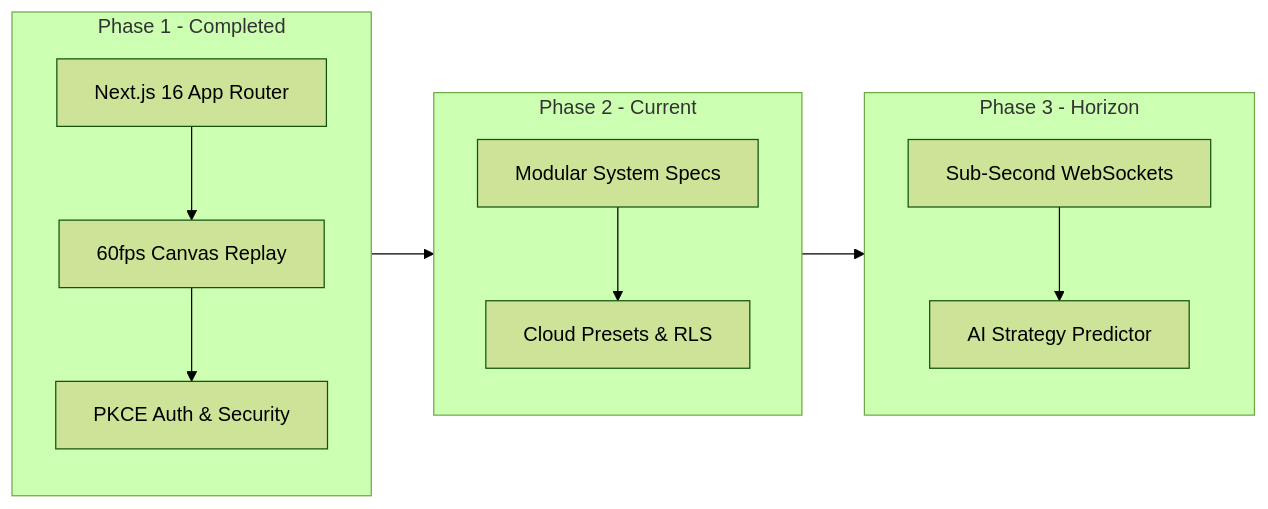
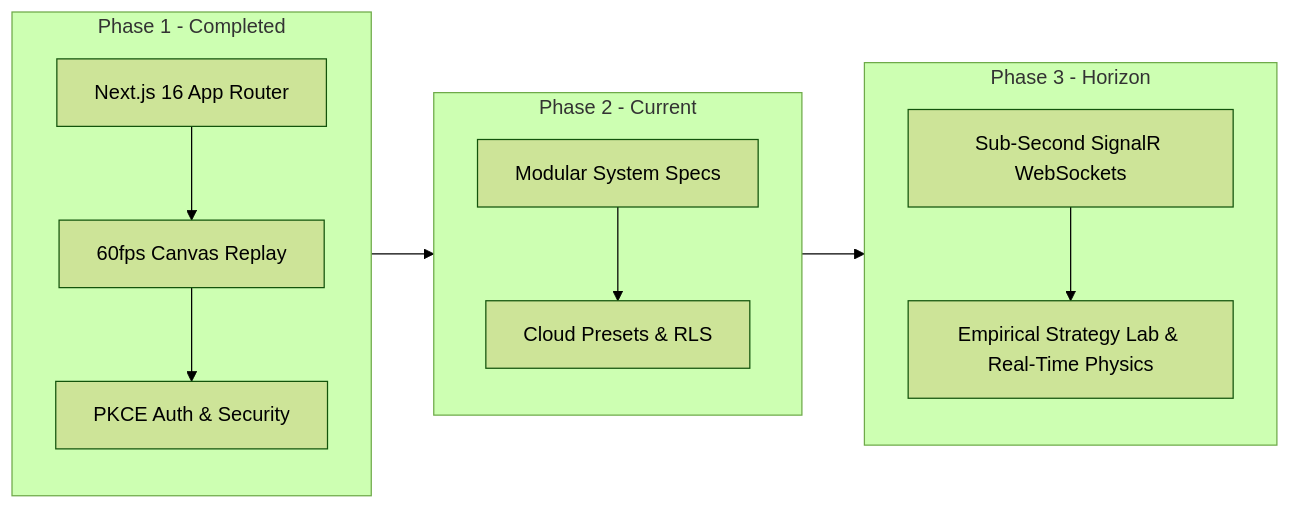
Before and after one commit to Hritik983567-Art/paddock: the second of 2 diagrams in docs/01_PRD.md, drawn with Mermaid (forest theme). The commit also changed other lines of this file and 29 other files, not shown here.

Commit message:
feat: eliminate mock data in live telemetry, integrate strategy lab suite, and update docs

````diff
--- a/docs/01_PRD.md
+++ b/docs/01_PRD.md
@@ -92,21 +93,21 @@
 ```mermaid
 flowchart LR
     subgraph P1["Phase 1 - Completed"]
         A1["Next.js 16 App Router"]
         A2["60fps Canvas Replay"]
         A3["PKCE Auth & Security"]
         A1 --> A2 --> A3
     end
     subgraph P2["Phase 2 - Current"]
         B1["Modular System Specs"]
         B2["Cloud Presets & RLS"]
         B1 --> B2
     end
     subgraph P3["Phase 3 - Horizon"]
-        C1["Sub-Second WebSockets"]
-        C2["AI Strategy Predictor"]
+        C1["Sub-Second SignalR WebSockets"]
+        C2["Empirical Strategy Lab & Real-Time Physics"]
         C1 --> C2
     end
 
     P1 --> P2 --> P3
 ```
````
